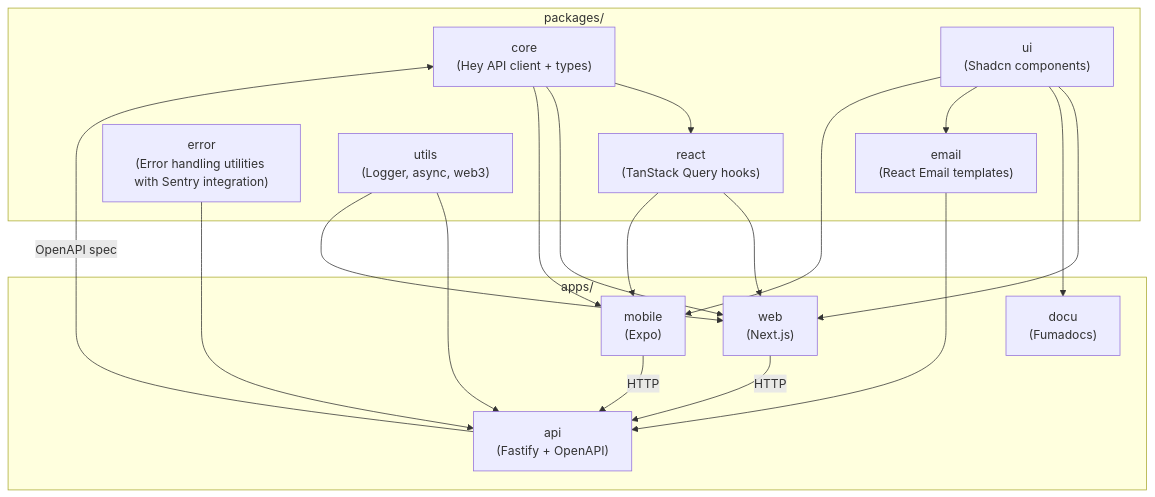
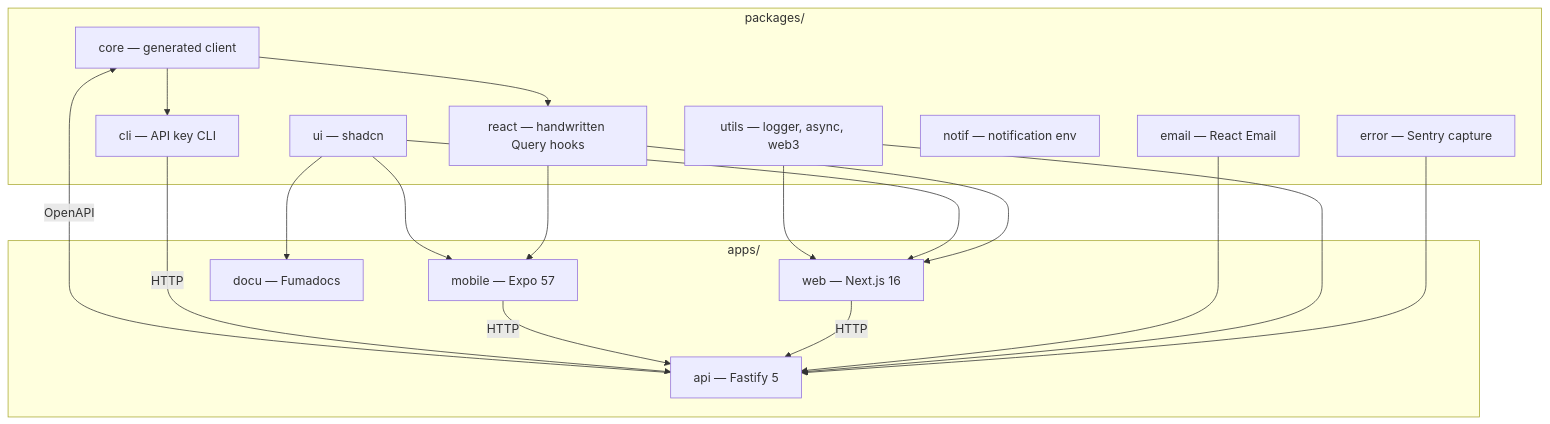
The diagram in apps/docu/content/docs/architecture/monorepo.mdx (blockmatic/basilic), drawn with Mermaid before and after one commit. The commit also changed other lines of this file and 40 other files, not shown here.

Commit message:
docs(docu): tighten IA, models, and stale stack facts

````diff
--- a/apps/docu/content/docs/architecture/monorepo.mdx
+++ b/apps/docu/content/docs/architecture/monorepo.mdx
@@ -30,35 +8,36 @@
 ```mermaid
 flowchart TB
   subgraph Packages["packages/"]
-    Core["core<br/>(Hey API client + types)"]
-    React["react<br/>(TanStack Query hooks)"]
-    UI["ui<br/>(Shadcn components)"]
-    Error["error<br/>(Error handling utilities with Sentry integration)"]
-    Utils["utils<br/>(Logger, async, web3)"]
-    Email["email<br/>(React Email templates)"]
+    Core["core — generated client"]
+    React["react — handwritten Query hooks"]
+    UI["ui — shadcn"]
+    Error["error — Sentry capture"]
+    Utils["utils — logger, async, web3"]
+    Email["email — React Email"]
+    Notif["notif — notification env"]
+    Cli["cli — API key CLI"]
   end
 
   subgraph Apps["apps/"]
-    API["api<br/>(Fastify + OpenAPI)"]
-    Web["web<br/>(Next.js)"]
-    Mobile["mobile<br/>(Expo)"]
-    Docu["docu<br/>(Fumadocs)"]
+    API["api — Fastify 5"]
+    Web["web — Next.js 16"]
+    Mobile["mobile — Expo 57"]
+    Docu["docu — Fumadocs"]
   end
 
-  API -->|OpenAPI spec| Core
+  API -->|OpenAPI| Core
   Core --> React
+  Core --> Cli
   React --> Web
-  Core --> Web
+  React --> Mobile
   UI --> Web
+  UI --> Mobile
   UI --> Docu
-  UI --> Email
   Error --> API
   Utils --> API
+  Utils --> Web
   Email --> API
-  Utils --> Web
-  React --> Mobile
-  Core --> Mobile
-  UI --> Mobile
   Web -->|HTTP| API
   Mobile -->|HTTP| API
+  Cli -->|HTTP| API
 ```
````
